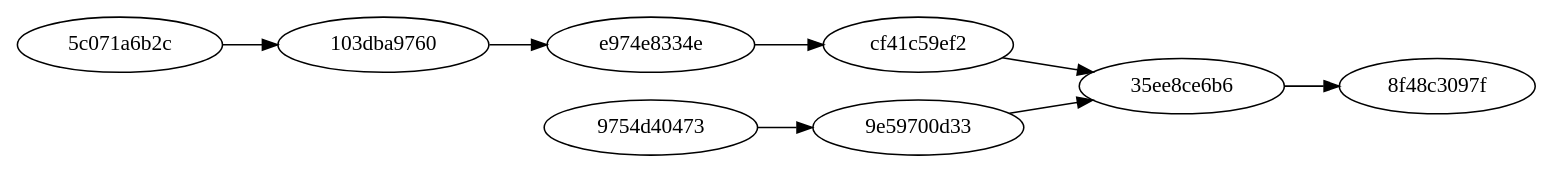
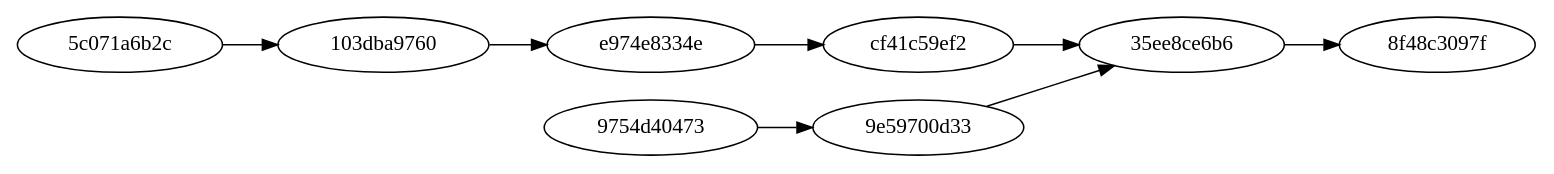
Before and after one commit to blackheaven/git-intro-if: the diagram in diappositives/deplacement/fusion.dot, drawn with Graphviz. The commit also changed 23 other files, not shown here.

Commit message:
Renommage et réarrangement des graphes.

```diff
--- a/diappositives/deplacement/fusion.dot
+++ b/diappositives/deplacement/fusion.dot
@@ -1,6 +1,13 @@
-digraph G
+digraph "Fusion"
 {
     rankdir=LR;
-    "5c071a6b2c"                                                                 -> "103dba9760" -> "e974e8334e" -> "cf41c59ef2" -> "35ee8ce6b6" -> "8f48c3097f";
-                                    "9754d40473" -> "9e59700d33"                                                                 -> "35ee8ce6b6"                ;
+    subgraph master
+    {
+        "5c071a6b2c" -> "103dba9760" -> "e974e8334e" -> "cf41c59ef2" -> "35ee8ce6b6" -> "8f48c3097f";
+    }
+    subgraph branch
+    {
+        "9e59700d33" -> "35ee8ce6b6" [weight=0];
+        "9754d40473" -> "9e59700d33";
+    }
 }
```
